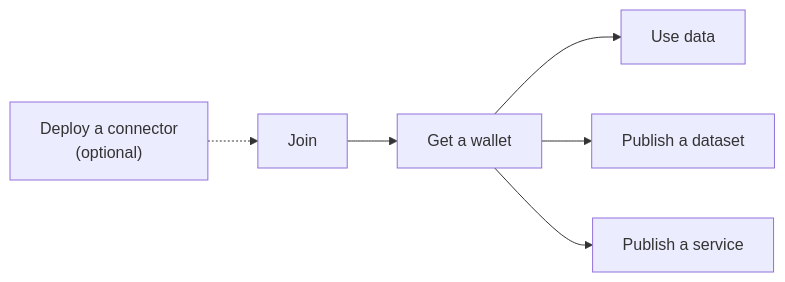
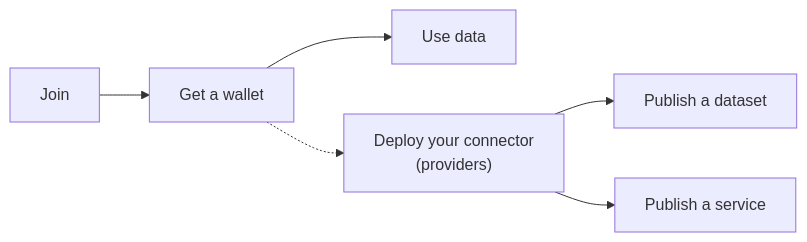
One commit to CitComAI-Hub/CitComAI-Hub.github.io changed the diagram in docs/guides/index.md. Above: the diagram before and after it, drawn with Mermaid. The commit also changed other lines of this file and 3 other files, not shown here.

````diff
--- a/docs/guides/index.md
+++ b/docs/guides/index.md
@@ -23,8 +19,8 @@
 ```mermaid
 flowchart LR
-    D["Deploy a connector<br/>(optional)"] -.-> J["Join"]
-    J --> W["Get a wallet"]
+    J["Join"] --> W["Get a wallet"]
     W --> C["Use data"]
-    W --> P["Publish a dataset"]
-    W --> S["Publish a service"]
+    W -.-> D["Deploy your connector<br/>(providers)"]
+    D --> P["Publish a dataset"]
+    D --> S["Publish a service"]
 ```
````
